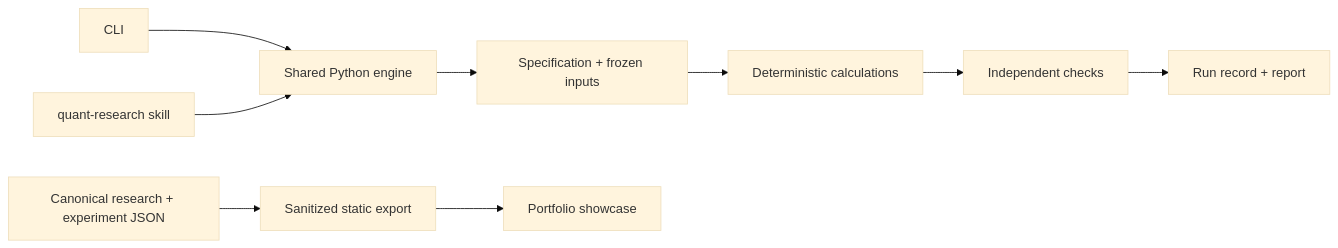
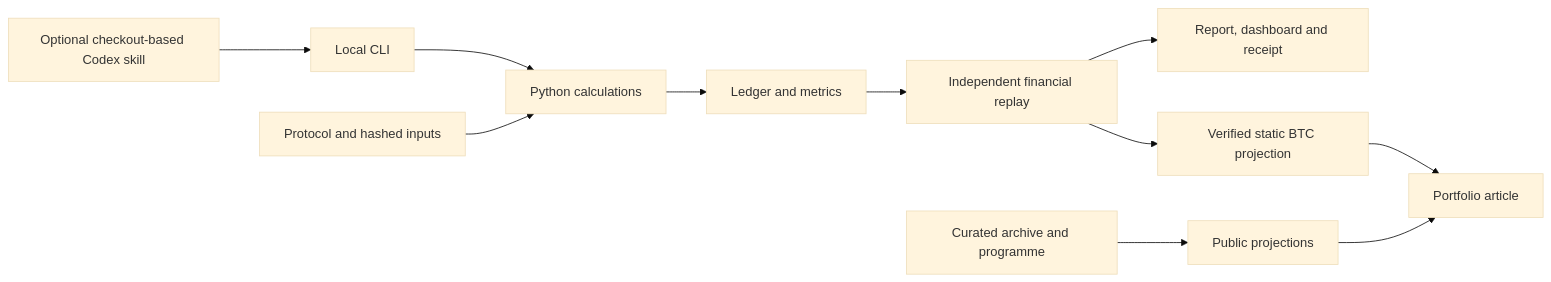
Before and after one commit to hnt119/agenthon-quant-lab: the diagram in README.md, drawn with Mermaid (base theme). The commit also changed other lines of this file and 22 other files, not shown here.

Commit message:
Trace the research programme and export verified BTC cost scenarios

````diff
--- a/README.md
+++ b/README.md
@@ -44,11 +42,13 @@
 ```mermaid
 flowchart LR
-    CLI[CLI] --> E[Shared Python engine]
-    Skill[quant-research skill] --> E
-    E --> I[Specification + frozen inputs]
-    I --> C[Deterministic calculations]
-    C --> V[Independent checks]
-    V --> R[Run record + report]
-    A[Canonical research + experiment JSON] --> S[Sanitized static export]
-    S --> W[Portfolio showcase]
+    CLI[Local CLI] --> E[Python calculations]
+    Skill[Optional checkout-based Codex skill] --> CLI
+    I[Protocol and hashed inputs] --> E
+    E --> L[Ledger and metrics]
+    L --> V[Independent financial replay]
+    V --> R[Report, dashboard and receipt]
+    V --> S[Verified static BTC projection]
+    A[Curated archive and programme] --> P[Public projections]
+    P --> W[Portfolio article]
+    S --> W
 ```
````
